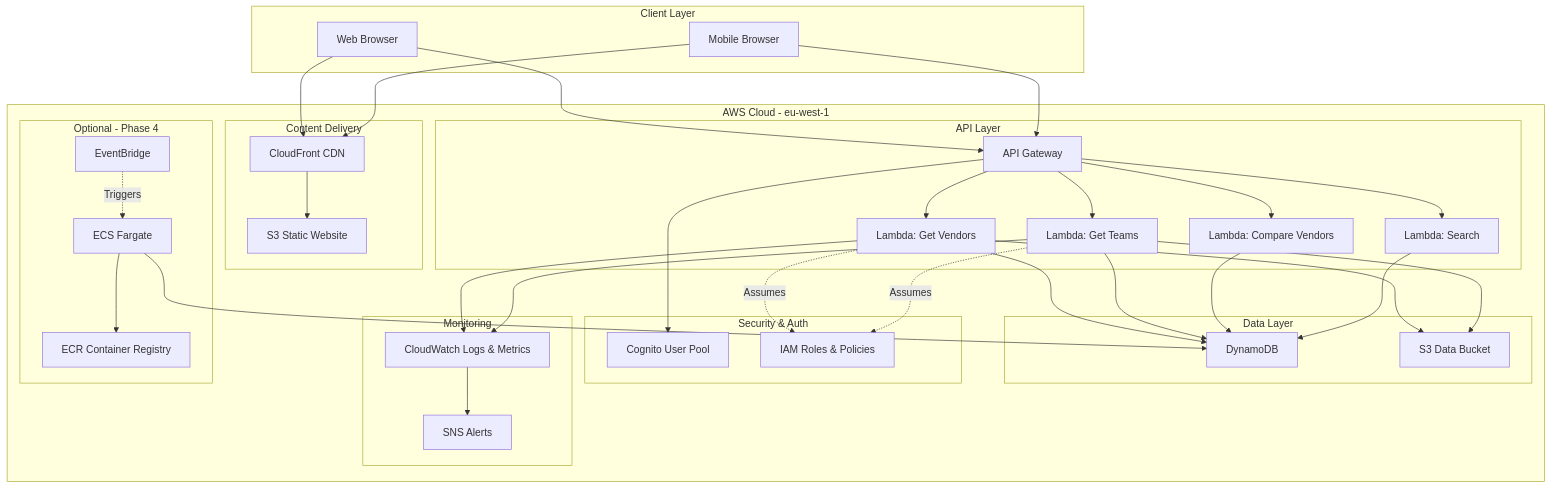
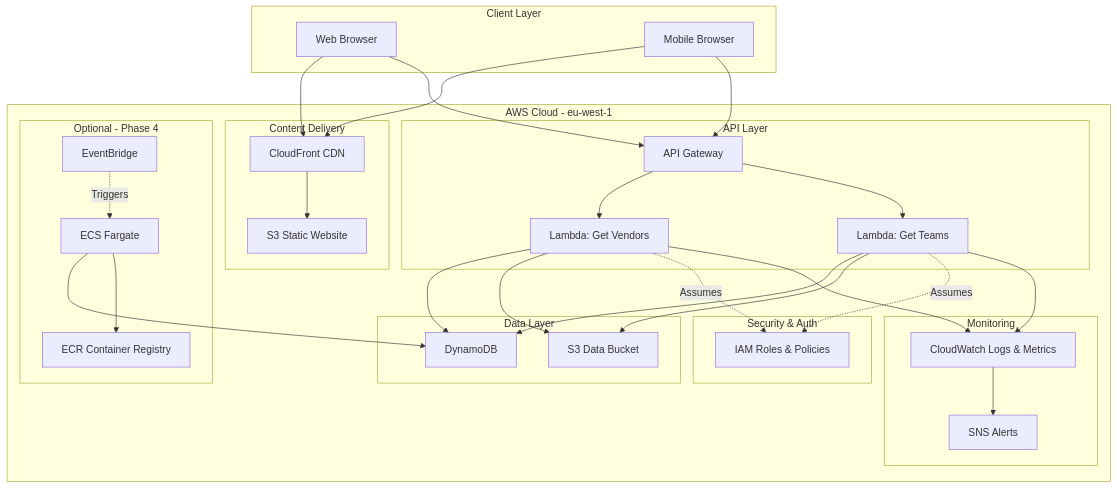
One commit to Mia1Dimit/EuroleagueTech-Platform changed the first of 8 diagrams in docs/ARCHITECTURE.md. Above: the diagram before and after it, drawn with Mermaid. The commit also changed other lines of this file and 5 other files, not shown here.

````diff
--- a/docs/ARCHITECTURE.md
+++ b/docs/ARCHITECTURE.md
@@ -25,74 +25,65 @@
 ```mermaid
 graph TB
     subgraph "Client Layer"
         Browser[Web Browser]
         Mobile[Mobile Browser]
     end
 
     subgraph "AWS Cloud - eu-west-1"
         subgraph "Content Delivery"
             CF[CloudFront CDN]
             S3Web[S3 Static Website]
         end
         
         subgraph "API Layer"
-            APIGW[API Gateway]
-            Lambda1[Lambda: Get Vendors]
-            Lambda2[Lambda: Get Teams]
-            Lambda3[Lambda: Compare Vendors]
-            Lambda4[Lambda: Search]
+          APIGW[API Gateway]
+          Lambda1[Lambda: Get Vendors]
+          Lambda2[Lambda: Get Teams]
         end
         
         subgraph "Data Layer"
             DDB[DynamoDB]
             S3Data[S3 Data Bucket]
         end
         
         subgraph "Security & Auth"
-            Cognito[Cognito User Pool]
-            IAM[IAM Roles & Policies]
+          IAM[IAM Roles & Policies]
         end
         
         subgraph "Monitoring"
             CW[CloudWatch Logs & Metrics]
             SNS[SNS Alerts]
         end
         
         subgraph "Optional - Phase 4"
             ECS[ECS Fargate]
             ECR[ECR Container Registry]
             EB[EventBridge]
         end
     end
 
     Browser --> CF
     Mobile --> CF
     CF --> S3Web
     Browser --> APIGW
     Mobile --> APIGW
     
     APIGW --> Lambda1
     APIGW --> Lambda2
-    APIGW --> Lambda3
-    APIGW --> Lambda4
-    
     Lambda1 --> DDB
     Lambda2 --> DDB
-    Lambda3 --> DDB
-    Lambda4 --> DDB
     
     Lambda1 --> S3Data
     Lambda2 --> S3Data
     
-    APIGW --> Cognito
     Lambda1 -.->|Assumes| IAM
     Lambda2 -.->|Assumes| IAM
     
     Lambda1 --> CW
     Lambda2 --> CW
     CW --> SNS
     
     EB -.->|Triggers| ECS
     ECS --> DDB
     ECS --> ECR
 ```
````
